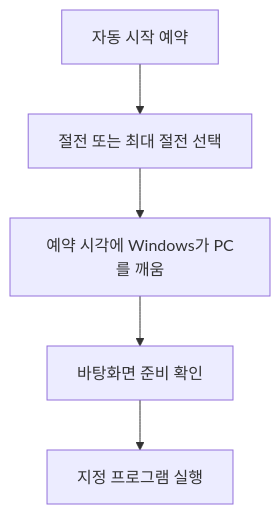
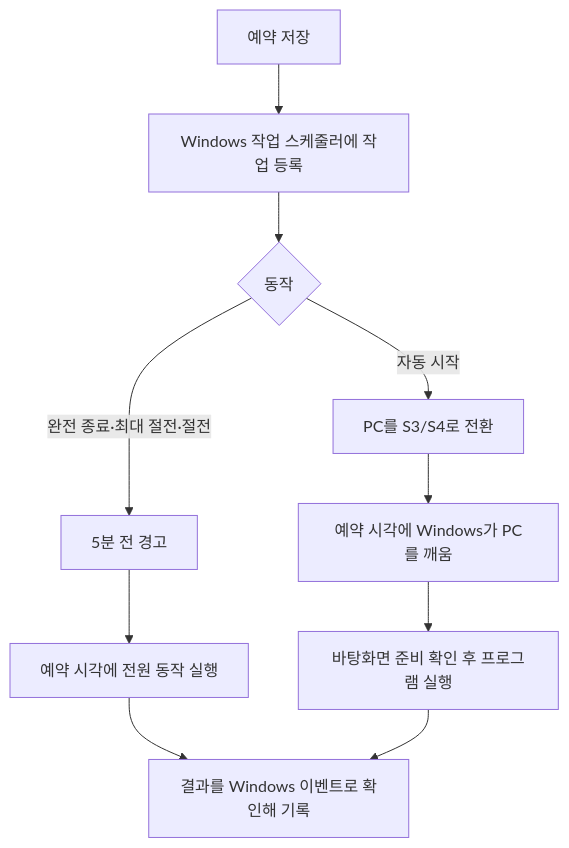
The diagram in README.md (esleeeeee/eslee-auto-power), drawn with Mermaid before and after one commit. The commit also changed other lines of this file and 22 other files, not shown here.

````diff
--- a/README.md
+++ b/README.md
@@ -129,7 +248,12 @@
 ```mermaid
 flowchart TD
-    A["자동 시작 예약"] --> B["절전 또는 최대 절전 선택"]
-    B --> C["예약 시각에 Windows가 PC를 깨움"]
-    C --> D["바탕화면 준비 확인"]
-    D --> E["지정 프로그램 실행"]
+    A[예약 저장] --> B[Windows 작업 스케줄러에 작업 등록]
+    B --> C{동작}
+    C -->|완전 종료·최대 절전·절전| D[5분 전 경고]
+    D --> E[예약 시각에 전원 동작 실행]
+    C -->|자동 시작| F[PC를 S3/S4로 전환]
+    F --> G[예약 시각에 Windows가 PC를 깨움]
+    G --> H[바탕화면 준비 확인 후 프로그램 실행]
+    E --> I[결과를 Windows 이벤트로 확인해 기록]
+    H --> I
 ```
````
